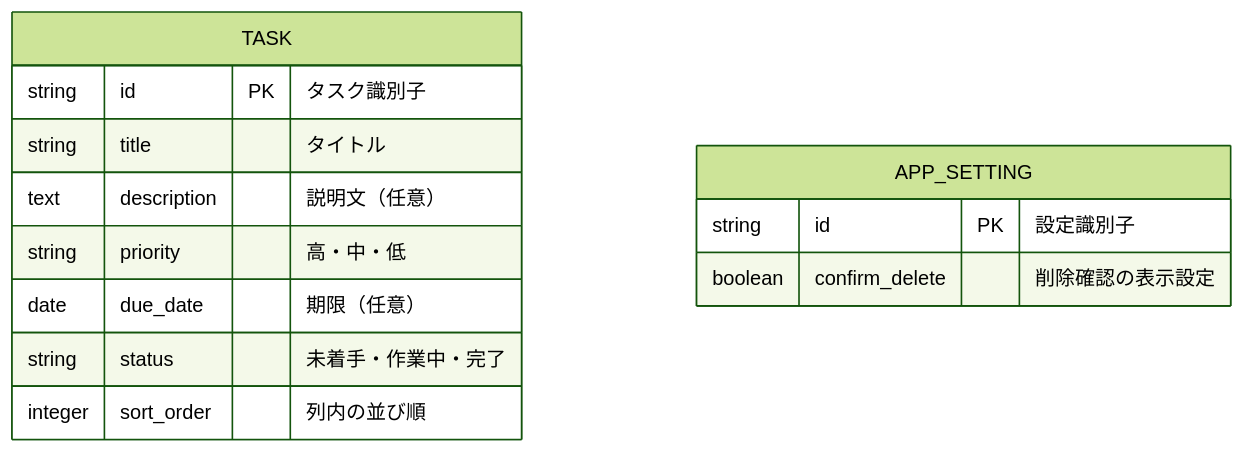
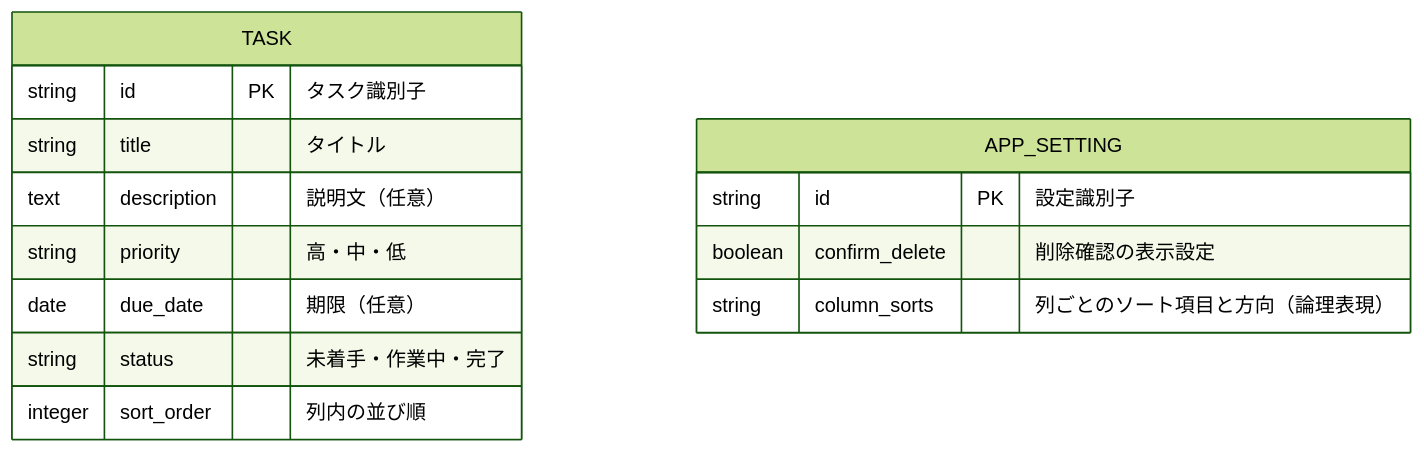
The diagram in データベース設計書.md (kouichiiwaoka/RaiseTech_TaskManager), drawn with Mermaid (forest theme) before and after one commit. The commit also changed other lines of this file and 9 other files, not shown here.

````diff
--- a/データベース設計書.md
+++ b/データベース設計書.md
@@ -28,16 +29,17 @@
 ```mermaid
 erDiagram
     TASK {
         string id PK "タスク識別子"
         string title "タイトル"
         text description "説明文（任意）"
         string priority "高・中・低"
         date due_date "期限（任意）"
         string status "未着手・作業中・完了"
         integer sort_order "列内の並び順"
     }
     APP_SETTING {
         string id PK "設定識別子"
         boolean confirm_delete "削除確認の表示設定"
+        string column_sorts "列ごとのソート項目と方向（論理表現）"
     }
 ```
````
